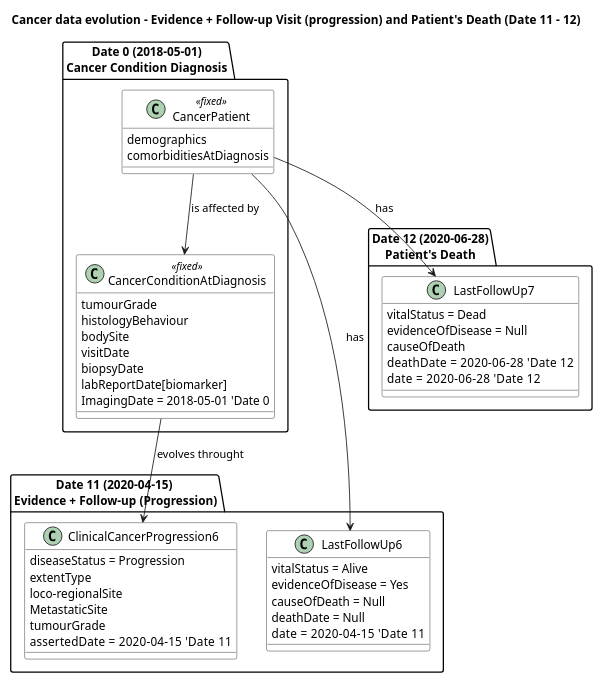
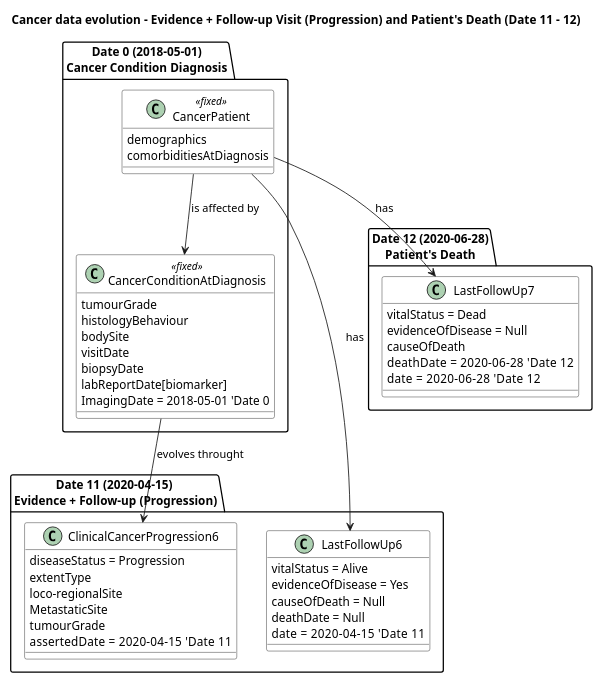
Before and after one commit to hl7-eu/cancer-common: the diagram in input/images-source/CancerDataEvolution6.plantuml, drawn with PlantUML. The commit also changed 1 other file, not shown here.

Commit message:
Updates in Data Evolution page

```diff
--- a/input/images-source/CancerDataEvolution6.plantuml
+++ b/input/images-source/CancerDataEvolution6.plantuml
@@ -1,147 +1,147 @@
 @startuml
-title Cancer data evolution – Evidence + Follow-up Visit (progression) and Patient's Death (Date 11 - 12) 
+title Cancer data evolution – Evidence + Follow-up Visit (Progression) and Patient's Death (Date 11 - 12) 
 
 skinparam class {
   BackgroundColor White
 }
 scale 0.8
 
 
 package "Date 0 (2018-05-01)\nCancer Condition Diagnosis" {
   class CancerPatient <<fixed>> {
     demographics
     comorbiditiesAtDiagnosis
   }
   
   class CancerConditionAtDiagnosis <<fixed>> {
     tumourGrade
     histologyBehaviour
     bodySite
     visitDate 
     biopsyDate 
     labReportDate[biomarker] 
     ImagingDate = 2018-05-01 'Date 0
   }
  
 }
 
 ' Links inside Date 0
 CancerPatient --> CancerConditionAtDiagnosis : is affected by
 
  package "Date 11 (2020-04-15) \nEvidence + Follow-up (Progression)" {
     
     class LastFollowUp6 {
      vitalStatus = Alive
      evidenceOfDisease = Yes
      causeOfDeath = Null
      deathDate = Null
      date = 2020-04-15   'Date 11
   }
 
     class ClinicalCancerProgression6 {
       diseaseStatus = Progression
       extentType 
       loco-regionalSite 
       MetastaticSite 
       tumourGrade
       assertedDate = 2020-04-15   'Date 11
     }
 
  }
 
 CancerPatient --> LastFollowUp6 : has
 CancerConditionAtDiagnosis --> ClinicalCancerProgression6 : evolves throught
 
 package "Date 12 (2020-06-28)\nPatient's Death" {
 
   class LastFollowUp7 {
      vitalStatus = Dead
      evidenceOfDisease = Null
      causeOfDeath 
      deathDate = 2020-06-28   'Date 12
      date = 2020-06-28   'Date 12
   }
 }
 
 CancerPatient --> LastFollowUp7 : has
 
 /' ' =====================================================
 'Date 11 – 2020-04-15 (Disease progression follow-up)
 ' =====================================================
 package progression as "Date 11 (2020-04-15)\nEvidence + Follow-up (Disease Progression)" {
 
   class CancerCondition_D11 as "Cancer Condition" {
     histology_behaviour (fixed)
     body_site (fixed)
     tumour_grade
     asserted_date = procedure date (fixed)
     base_of_diagnosis (fixed)
     imaging_type (fixed)
     biomarker_type (fixed)
     disease_status = Progression
     last_check = Date 11
   }
 
   class DiseaseEvolution_D11 as "Disease Evolution (over time & space)" {
     extent_type = Recurrence
     disease_extent (sites)
     histology_behaviour
     tumour_grade
     base_of_diagnosis
     imaging_type
     biomarker_type
     genomics
     asserted_date = Date 7 (fixed)
     last_check = Date 11
   }
 
   class Patient_D11 as "Patient" <<fixed>> {
     demographics
     comorbidities
     life_status = Alive With Disease (AWD)
     last_check = Date 11
   }
 }
 
 
 ' =====================================================
 'Date 12 – 2020-06-28 (Patient’s death)
 ' =====================================================
 package death as "Date 12 (2020-06-28)\nPatient's Death" {
 
   class CancerCondition_D12 as "Cancer Condition" {
     histology_behaviour (fixed)
     body_site (fixed)
     tumour_grade
     asserted_date = procedure date (fixed)
     base_of_diagnosis (fixed)
     imaging_type (fixed)
     biomarker_type (fixed)
     disease_status = Progression
     last_check = Date 12
   }
 
   class DiseaseEvolution_D12 as "Disease Evolution (over time & space)" {
     extent_type = Recurrence
     disease_extent (sites)
     histology_behaviour
     tumour_grade
     base_of_diagnosis
     imaging_type
     biomarker_type
     genomics
     asserted_date = Date 7 (fixed)
     last_check = Date 12
   }
 
   class Patient_D12 as "Patient" <<fixed>> {
     demographics
     comorbidities
     life_status = Dead of Disease (DOD)
     last_check = Date 12
   }
 }
 
 ' Relationships Date 12
 ' progression --down[hidden]--> death '/
 @enduml
```
